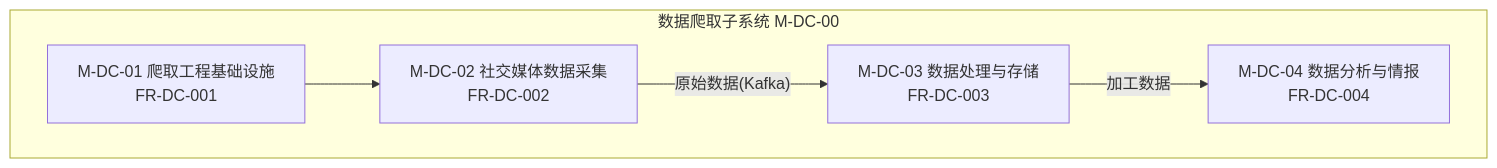
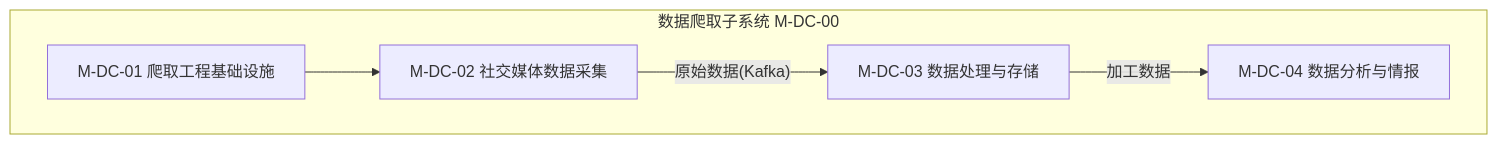
One commit to Sj-g/obsidian changed the eighth of 13 diagrams in 公司项目/认知作战/文档/软件概要设计说明.md. Above: the diagram before and after it, drawn with Mermaid. The commit also changed other lines of this file and 1 other file, not shown here.

````diff
--- a/公司项目/认知作战/文档/软件概要设计说明.md
+++ b/公司项目/认知作战/文档/软件概要设计说明.md
@@ -281,12 +281,12 @@
 ```mermaid
 flowchart TB
     subgraph DC["数据爬取子系统 M-DC-00"]
-        DC1["M-DC-01 爬取工程基础设施<br/>FR-DC-001"]
-        DC2["M-DC-02 社交媒体数据采集<br/>FR-DC-002"]
-        DC3["M-DC-03 数据处理与存储<br/>FR-DC-003"]
-        DC4["M-DC-04 数据分析与情报<br/>FR-DC-004"]
+        DC1["M-DC-01 爬取工程基础设施"]
+        DC2["M-DC-02 社交媒体数据采集"]
+        DC3["M-DC-03 数据处理与存储"]
+        DC4["M-DC-04 数据分析与情报"]
         DC1 --> DC2
         DC2 -->|"原始数据(Kafka)"| DC3
         DC3 -->|"加工数据"| DC4
     end
 ```
````
